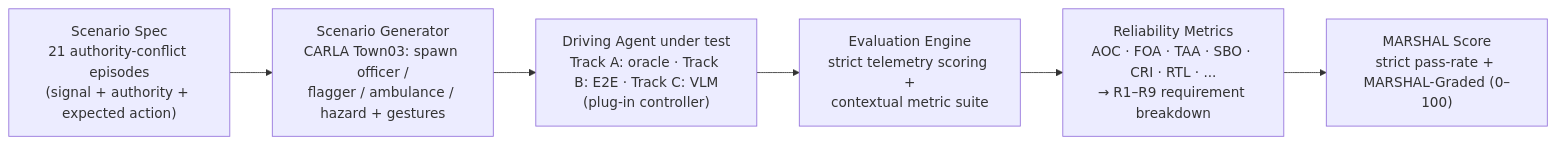
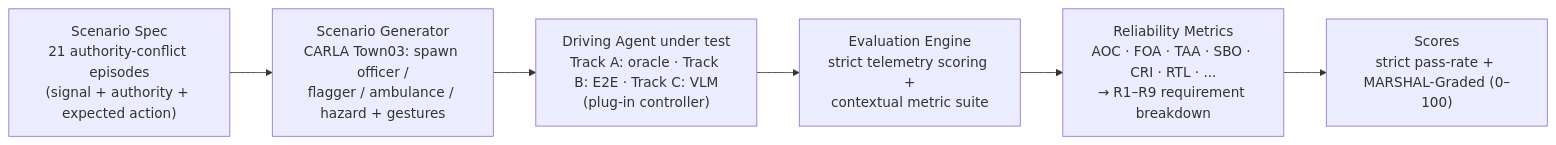
Before and after one commit to justinbrianhwang/MARSHAL: the diagram in docs/what_is_marshal.md, drawn with Mermaid. The commit also changed other lines of this file and 81 other files, not shown here.

First line of the commit message:
MARSHAL Score candidate, GREEN STOP approach protocol, scoring consistency analysis

````diff
--- a/docs/what_is_marshal.md
+++ b/docs/what_is_marshal.md
@@ -42,9 +42,9 @@
 ```mermaid
 flowchart LR
     A["Scenario Spec<br/>21 authority-conflict episodes<br/>(signal + authority + expected action)"]
       --> B["Scenario Generator<br/>CARLA Town03: spawn officer /<br/>flagger / ambulance / hazard + gestures"]
     B --> C["Driving Agent under test<br/>Track A: oracle · Track B: E2E · Track C: VLM<br/>(plug-in controller)"]
     C --> D["Evaluation Engine<br/>strict telemetry scoring +<br/>contextual metric suite"]
     D --> E["Reliability Metrics<br/>AOC · FOA · TAA · SBO · CRI · RTL · ...<br/>→ R1–R9 requirement breakdown"]
-    E --> F["MARSHAL Score<br/>strict pass-rate + MARSHAL-Graded (0–100)"]
+    E --> F["Scores<br/>strict pass-rate + MARSHAL-Graded (0–100)"]
 ```
````
